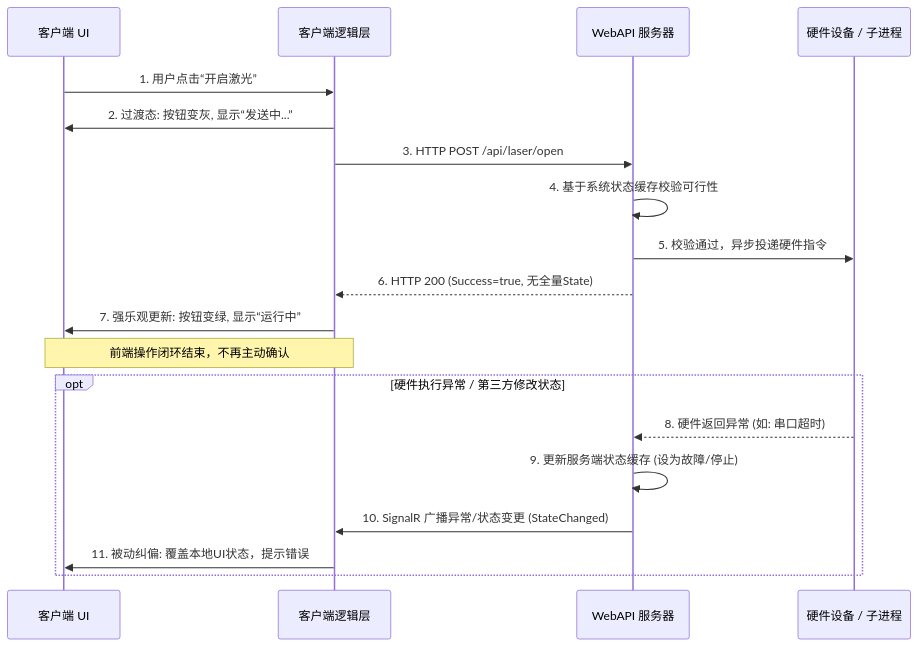
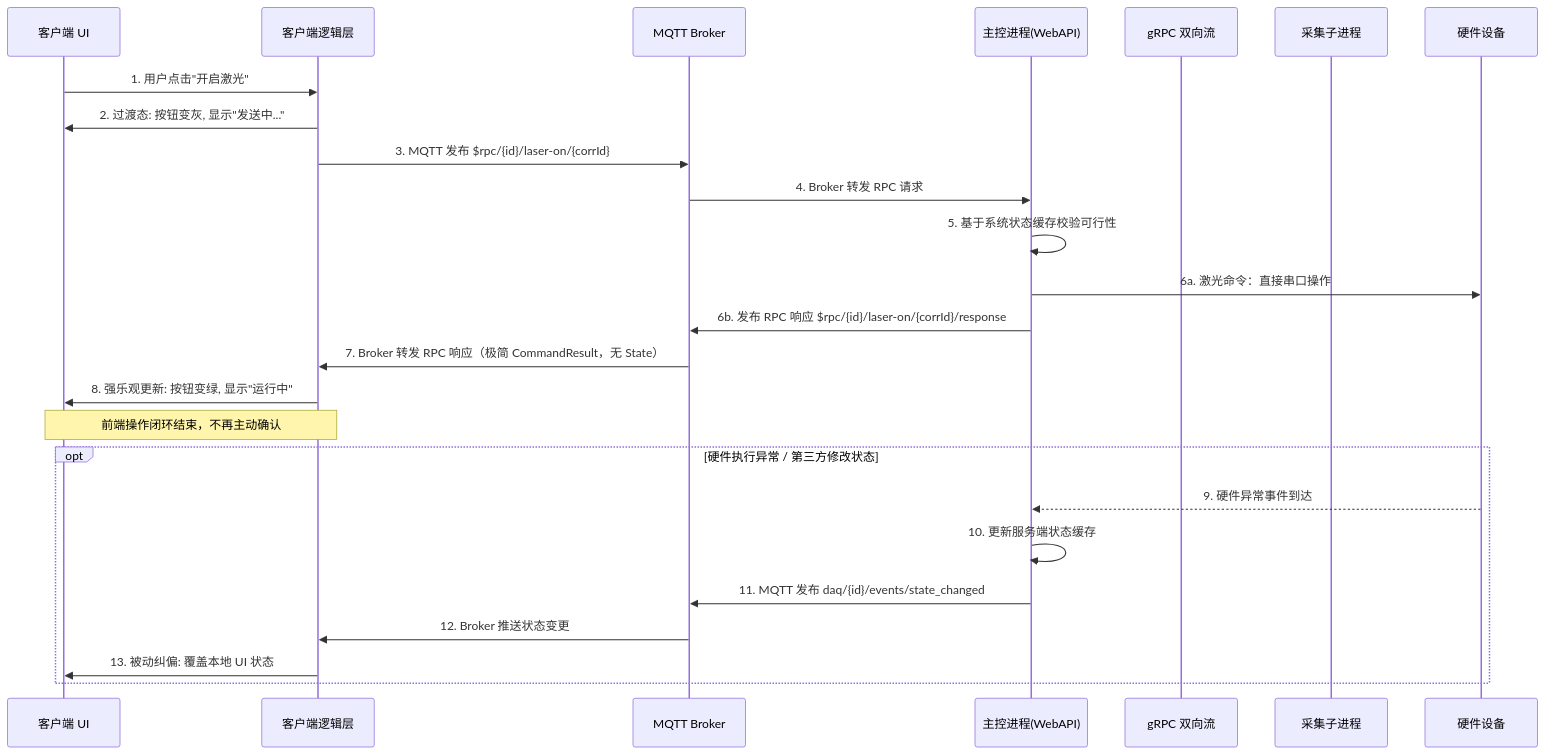
One commit to NB11000/Atmospheric-Detection-LiDAR-Data-Acquisition-and-Monitoring-System changed the first of 3 diagrams in 前后端交互逻辑-强乐观模式.md. Above: the diagram before and after it, drawn with Mermaid. The commit also changed other lines of this file and 9 other files, not shown here.

````diff
--- a/前后端交互逻辑-强乐观模式.md
+++ b/前后端交互逻辑-强乐观模式.md
@@ -11,26 +15,32 @@
 ```mermaid
 sequenceDiagram
     participant UI as 客户端 UI
     participant C as 客户端逻辑层
-    participant S as WebAPI 服务器
-    participant D as 硬件设备 / 子进程
+    participant B as MQTT Broker
+    participant M as 主控进程(WebAPI)
+    participant G as gRPC 双向流
+    participant S as 采集子进程
+    participant D as 硬件设备
 
-    UI->>C: 1. 用户点击“开启激光”
-    C->>UI: 2. 过渡态: 按钮变灰, 显示“发送中...”
-    
-    C->>S: 3. HTTP POST /api/laser/open
-    S->>S: 4. 基于系统状态缓存校验可行性
-    S->>D: 5. 校验通过，异步投递硬件指令
-    S-->>C: 6. HTTP 200 (Success=true, 无全量State)
-    
-    C->>UI: 7. 强乐观更新: 按钮变绿, 显示“运行中”
+    UI->>C: 1. 用户点击"开启激光"
+    C->>UI: 2. 过渡态: 按钮变灰, 显示"发送中..."
+
+    C->>B: 3. MQTT 发布 $rpc/{id}/laser-on/{corrId}
+    B->>M: 4. Broker 转发 RPC 请求
+    M->>M: 5. 基于系统状态缓存校验可行性
+    M->>D: 6a. 激光命令：直接串口操作
+    M->>B: 6b. 发布 RPC 响应 $rpc/{id}/laser-on/{corrId}/response
+    B->>C: 7. Broker 转发 RPC 响应（极简 CommandResult，无 State）
+
+    C->>UI: 8. 强乐观更新: 按钮变绿, 显示"运行中"
     Note over C,UI: 前端操作闭环结束，不再主动确认
-    
+
     %% 异常或状态变更广播流程
     opt 硬件执行异常 / 第三方修改状态
-        D-->>S: 8. 硬件返回异常 (如: 串口超时)
-        S->>S: 9. 更新服务端状态缓存 (设为故障/停止)
-        S->>C: 10. SignalR 广播异常/状态变更 (StateChanged)
-        C->>UI: 11. 被动纠偏: 覆盖本地UI状态，提示错误
+        D-->>M: 9. 硬件异常事件到达
+        M->>M: 10. 更新服务端状态缓存
+        M->>B: 11. MQTT 发布 daq/{id}/events/state_changed
+        B->>C: 12. Broker 推送状态变更
+        C->>UI: 13. 被动纠偏: 覆盖本地 UI 状态
     end
 ```
````
